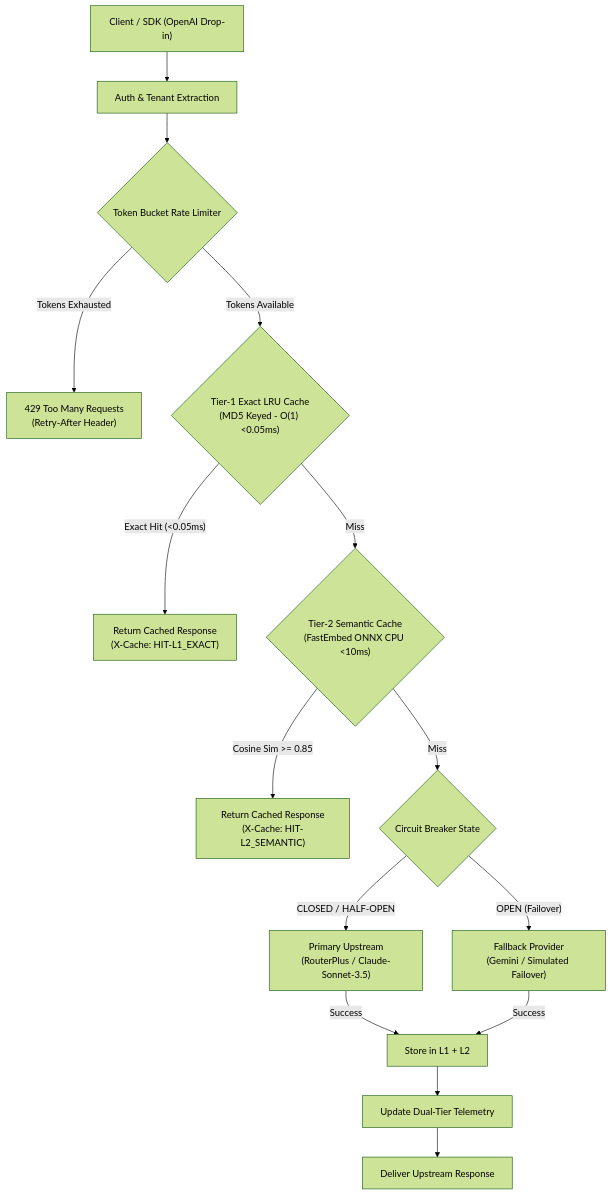
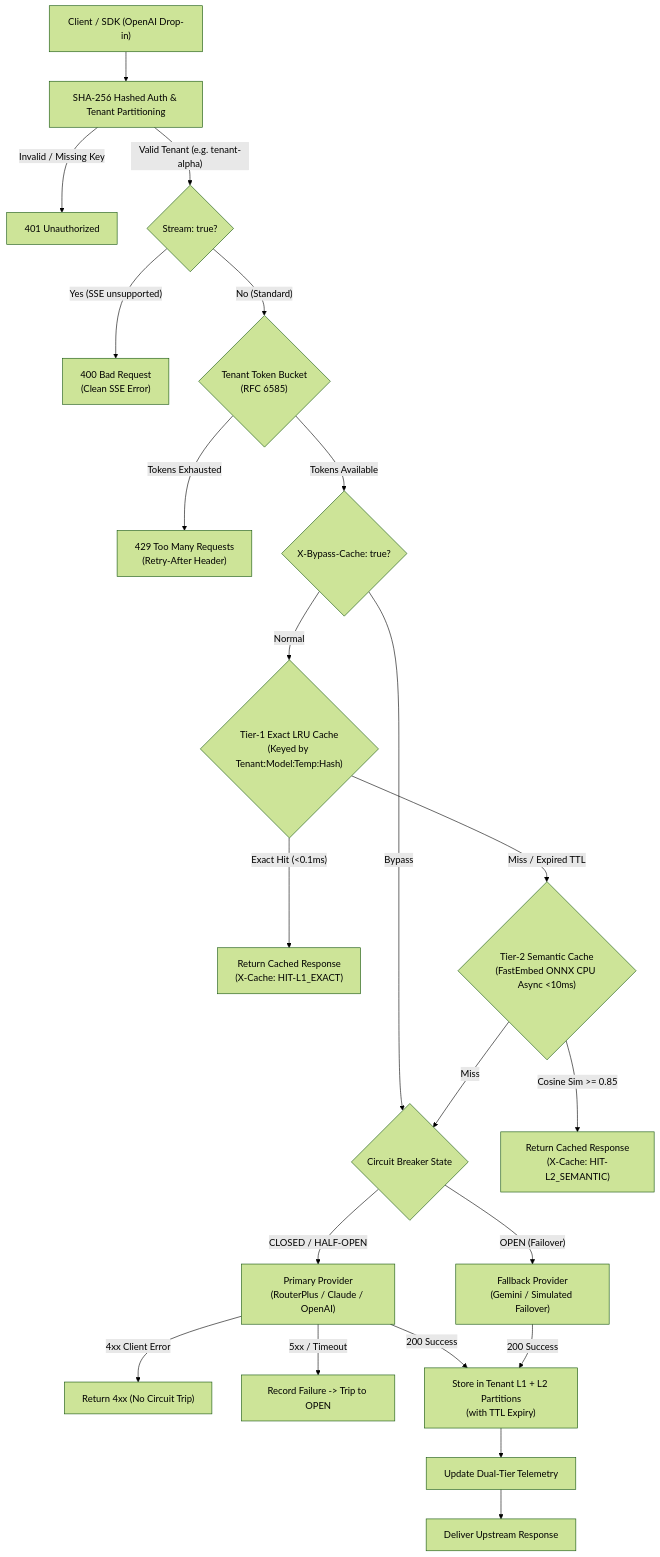
Before and after one commit to mihulbairagi/aegis-ai-gateway: the diagram in README.md, drawn with Mermaid (forest theme). The commit also changed other lines of this file and 9 other files, not shown here.

Commit message:
fix: harden gateway multi-tenancy, auth, and true semantic embeddings

````diff
--- a/README.md
+++ b/README.md
@@ -17,22 +18,31 @@
 ```mermaid
 flowchart TD
-    Client["Client / SDK (OpenAI Drop-in)"] --> Auth["Auth & Tenant Extraction"]
-    Auth --> RateLimiter{"Token Bucket Rate Limiter"}
+    Client["Client / SDK (OpenAI Drop-in)"] --> Auth["SHA-256 Hashed Auth & Tenant Partitioning"]
+    Auth -- "Invalid / Missing Key" --> HTTP401["401 Unauthorized"]
+    Auth -- "Valid Tenant (e.g. tenant-alpha)" --> StreamCheck{"Stream: true?"}
+    
+    StreamCheck -- "Yes (SSE unsupported)" --> HTTP400["400 Bad Request\n(Clean SSE Error)"]
+    StreamCheck -- "No (Standard)" --> RateLimiter{"Tenant Token Bucket\n(RFC 6585)"}
     
     RateLimiter -- "Tokens Exhausted" --> HTTP429["429 Too Many Requests\n(Retry-After Header)"]
-    RateLimiter -- "Tokens Available" --> L1Cache{"Tier-1 Exact LRU Cache\n(MD5 Keyed - O(1) <0.05ms)"}
+    RateLimiter -- "Tokens Available" --> BypassCheck{"X-Bypass-Cache: true?"}
     
-    L1Cache -- "Exact Hit (<0.05ms)" --> ResHit1["Return Cached Response\n(X-Cache: HIT-L1_EXACT)"]
-    L1Cache -- "Miss" --> L2Cache{"Tier-2 Semantic Cache\n(FastEmbed ONNX CPU <10ms)"}
+    BypassCheck -- "Bypass" --> CB{"Circuit Breaker State"}
+    BypassCheck -- "Normal" --> L1Cache{"Tier-1 Exact LRU Cache\n(Keyed by Tenant:Model:Temp:Hash)"}
+    
+    L1Cache -- "Exact Hit (<0.1ms)" --> ResHit1["Return Cached Response\n(X-Cache: HIT-L1_EXACT)"]
+    L1Cache -- "Miss / Expired TTL" --> L2Cache{"Tier-2 Semantic Cache\n(FastEmbed ONNX CPU Async <10ms)"}
     
     L2Cache -- "Cosine Sim >= 0.85" --> ResHit2["Return Cached Response\n(X-Cache: HIT-L2_SEMANTIC)"]
-    L2Cache -- "Miss" --> CB{"Circuit Breaker State"}
+    L2Cache -- "Miss" --> CB
     
-    CB -- "CLOSED / HALF-OPEN" --> UpstreamPrimary["Primary Upstream\n(RouterPlus / Claude-Sonnet-3.5)"]
+    CB -- "CLOSED / HALF-OPEN" --> UpstreamPrimary["Primary Provider\n(RouterPlus / Claude / OpenAI)"]
     CB -- "OPEN (Failover)" --> UpstreamFallback["Fallback Provider\n(Gemini / Simulated Failover)"]
     
-    UpstreamPrimary -- "Success" --> CacheStore["Store in L1 + L2"]
-    UpstreamFallback -- "Success" --> CacheStore
+    UpstreamPrimary -- "4xx Client Error" --> Passthrough4xx["Return 4xx (No Circuit Trip)"]
+    UpstreamPrimary -- "5xx / Timeout" --> TripRecord["Record Failure -> Trip to OPEN"]
+    UpstreamPrimary -- "200 Success" --> CacheStore["Store in Tenant L1 + L2 Partitions\n(with TTL Expiry)"]
+    UpstreamFallback -- "200 Success" --> CacheStore
     CacheStore --> Metrics["Update Dual-Tier Telemetry"]
     Metrics --> ClientRes["Deliver Upstream Response"]
 ```
````
